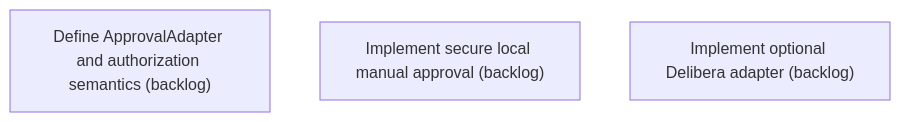
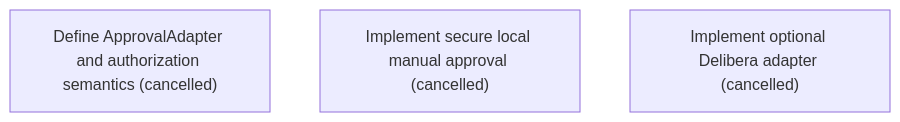
The diagram in .skyhook/plan/epics/WABR3N79SKBQ915Y0KCN0HVK7S.md (asadayoub/Evidentia), drawn with Mermaid before and after one commit. The commit also changed other lines of this file and 54 other files, not shown here.

Commit message:
docs(skyhook): adopt interaction-first delivery roadmap

````diff
--- a/.skyhook/plan/epics/WABR3N79SKBQ915Y0KCN0HVK7S.md
+++ b/.skyhook/plan/epics/WABR3N79SKBQ915Y0KCN0HVK7S.md
@@ -22,6 +22,6 @@
 ```mermaid
 flowchart TD
-    Q2840JNY2G50TCZHWY7MWRBKHT["Define ApprovalAdapter and authorization semantics (backlog)"]
-    NWMGM72BETT2BVW6DPW6APQCGR["Implement secure local manual approval (backlog)"]
-    0P37MDJCQKH1STANM151Q81NHH["Implement optional Delibera adapter (backlog)"]
+    Q2840JNY2G50TCZHWY7MWRBKHT["Define ApprovalAdapter and authorization semantics (cancelled)"]
+    NWMGM72BETT2BVW6DPW6APQCGR["Implement secure local manual approval (cancelled)"]
+    0P37MDJCQKH1STANM151Q81NHH["Implement optional Delibera adapter (cancelled)"]
 ```
````
